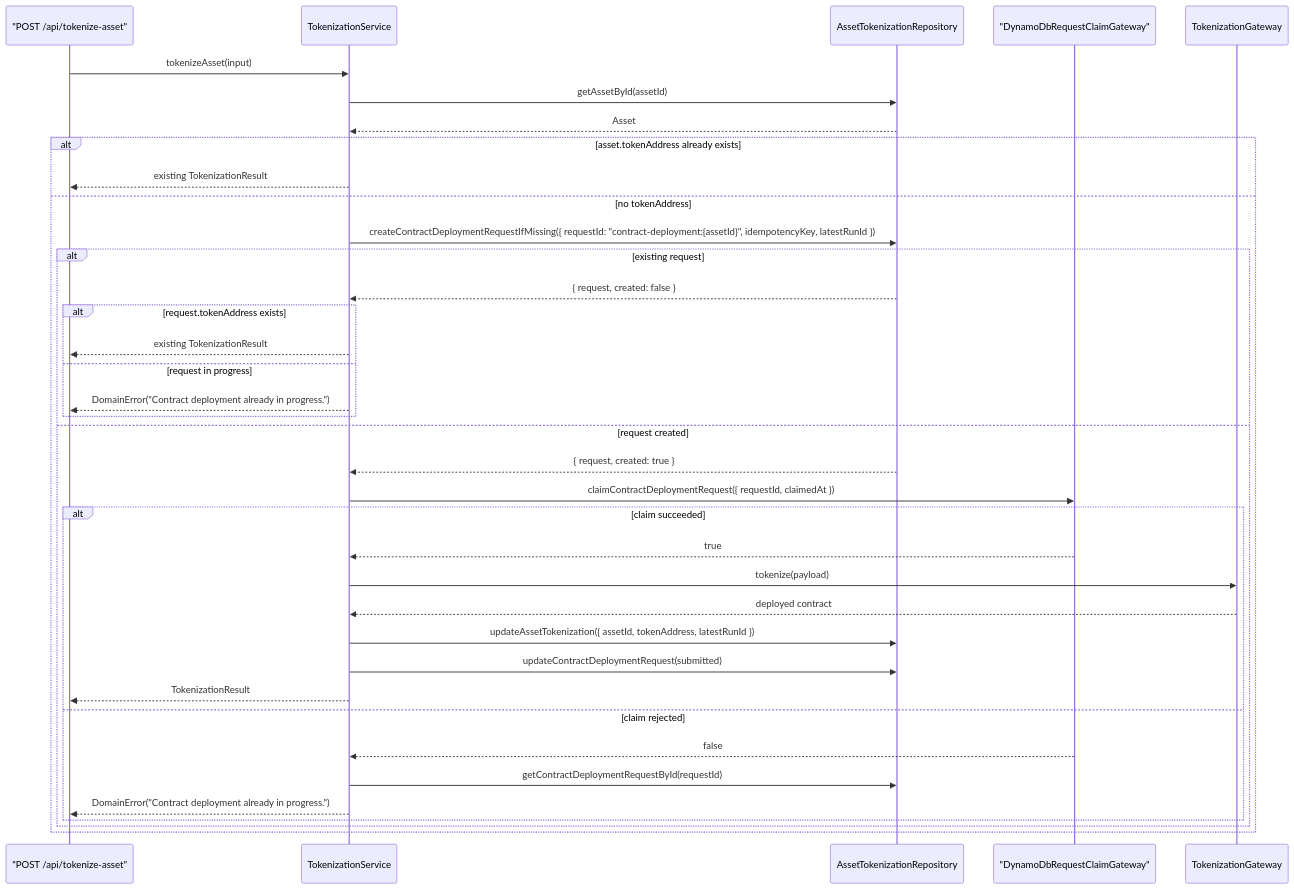
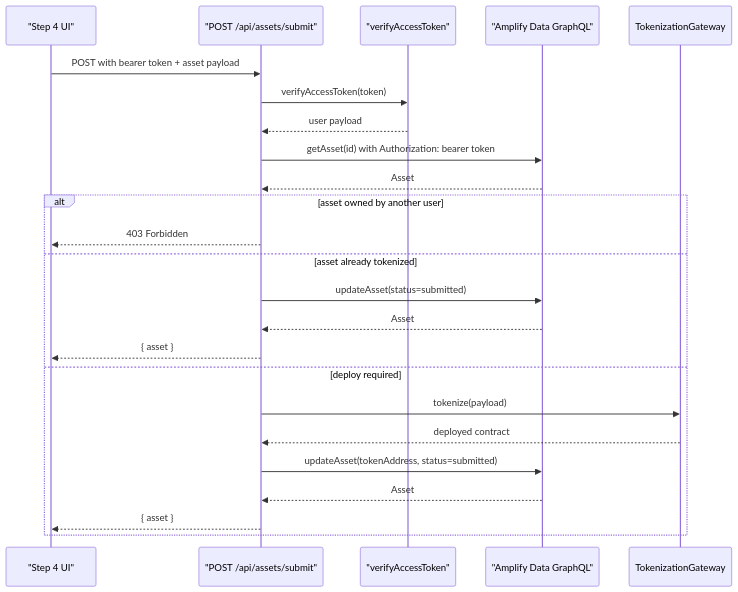
One commit to j4nos/cz changed diagram 12 of 36 in specs/13 - use cases sequence.md. Above: the diagram before and after it, drawn with Mermaid. The commit also changed other lines of this file and 3 other files, not shown here.

Commit message:
fix(step-4): submit asset through backend flow

````diff
--- a/specs/13 - use cases sequence.md
+++ b/specs/13 - use cases sequence.md
@@ -227,40 +213,27 @@
 ```mermaid
 sequenceDiagram
-  participant TokenizeAssetAPI as "POST /api/tokenize-asset"
-  participant TokenizationService
-  participant AssetTokenizationRepository
-  participant RequestClaimPort as "DynamoDbRequestClaimGateway"
+  participant Step4Page as "Step 4 UI"
+  participant SubmitAssetAPI as "POST /api/assets/submit"
+  participant VerifyToken as "verifyAccessToken"
+  participant AppSyncGraphQL as "Amplify Data GraphQL"
   participant TokenizationGateway
 
-  TokenizeAssetAPI->>TokenizationService: tokenizeAsset(input)
-  TokenizationService->>AssetTokenizationRepository: getAssetById(assetId)
-  AssetTokenizationRepository-->>TokenizationService: Asset
-  alt asset.tokenAddress already exists
-    TokenizationService-->>TokenizeAssetAPI: existing TokenizationResult
-  else no tokenAddress
-    TokenizationService->>AssetTokenizationRepository: createContractDeploymentRequestIfMissing({ requestId: "contract-deployment:{assetId}", idempotencyKey, latestRunId })
-    alt existing request
-      AssetTokenizationRepository-->>TokenizationService: { request, created: false }
-      alt request.tokenAddress exists
-        TokenizationService-->>TokenizeAssetAPI: existing TokenizationResult
-      else request in progress
-        TokenizationService-->>TokenizeAssetAPI: DomainError("Contract deployment already in progress.")
-      end
-    else request created
-      AssetTokenizationRepository-->>TokenizationService: { request, created: true }
-      TokenizationService->>RequestClaimPort: claimContractDeploymentRequest({ requestId, claimedAt })
-      alt claim succeeded
-        RequestClaimPort-->>TokenizationService: true
-        TokenizationService->>TokenizationGateway: tokenize(payload)
-        TokenizationGateway-->>TokenizationService: deployed contract
-        TokenizationService->>AssetTokenizationRepository: updateAssetTokenization({ assetId, tokenAddress, latestRunId })
-        TokenizationService->>AssetTokenizationRepository: updateContractDeploymentRequest(submitted)
-        TokenizationService-->>TokenizeAssetAPI: TokenizationResult
-      else claim rejected
-        RequestClaimPort-->>TokenizationService: false
-        TokenizationService->>AssetTokenizationRepository: getContractDeploymentRequestById(requestId)
-        TokenizationService-->>TokenizeAssetAPI: DomainError("Contract deployment already in progress.")
-      end
-    end
+  Step4Page->>SubmitAssetAPI: POST with bearer token + asset payload
+  SubmitAssetAPI->>VerifyToken: verifyAccessToken(token)
+  VerifyToken-->>SubmitAssetAPI: user payload
+  SubmitAssetAPI->>AppSyncGraphQL: getAsset(id) with Authorization: bearer token
+  AppSyncGraphQL-->>SubmitAssetAPI: Asset
+  alt asset owned by another user
+    SubmitAssetAPI-->>Step4Page: 403 Forbidden
+  else asset already tokenized
+    SubmitAssetAPI->>AppSyncGraphQL: updateAsset(status=submitted)
+    AppSyncGraphQL-->>SubmitAssetAPI: Asset
+    SubmitAssetAPI-->>Step4Page: { asset }
+  else deploy required
+    SubmitAssetAPI->>TokenizationGateway: tokenize(payload)
+    TokenizationGateway-->>SubmitAssetAPI: deployed contract
+    SubmitAssetAPI->>AppSyncGraphQL: updateAsset(tokenAddress, status=submitted)
+    AppSyncGraphQL-->>SubmitAssetAPI: Asset
+    SubmitAssetAPI-->>Step4Page: { asset }
   end
 ```
````
